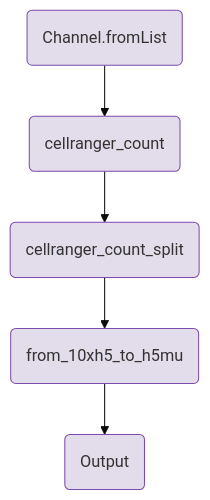
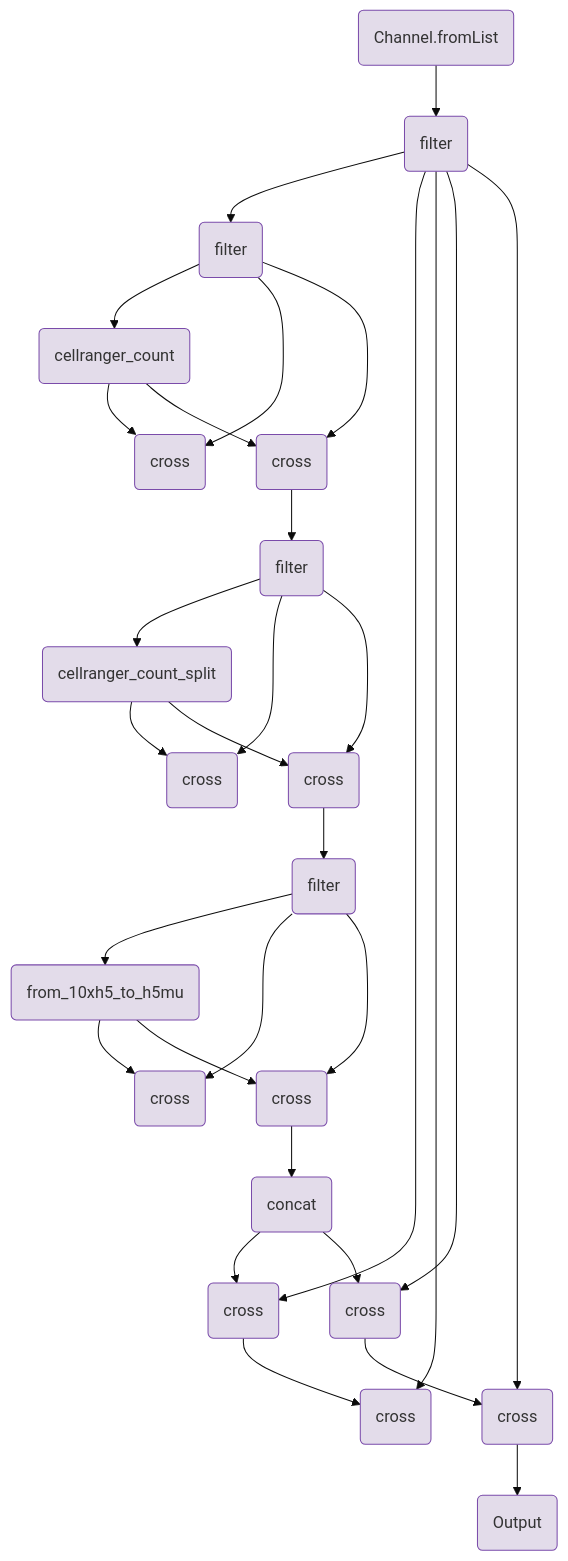
Before and after one commit to openpipelines-bio/website: the diagram in components/workflows/ingestion/cellranger_mapping.qmd, drawn with Mermaid (base theme). The commit also changed other lines of this file and 149 other files, not shown here.

````diff
--- a/components/workflows/ingestion/cellranger_mapping.qmd
+++ b/components/workflows/ingestion/cellranger_mapping.qmd
@@ -121,18 +123,73 @@
 ```{mermaid}
 flowchart TB
     v0(Channel.fromList)
+    v2(filter)
+    v9(filter)
     v17(cellranger_count)
-    v37(cellranger_count_split)
-    v57(from_10xh5_to_h5mu)
-    v84(Output)
-    v0-->v17
-    v17-->v37
-    v37-->v57
-    v57-->v84
+    v24(cross)
+    v34(cross)
+    v40(filter)
+    v48(cellranger_count_split)
+    v55(cross)
+    v65(cross)
+    v71(filter)
+    v101(concat)
+    v79(from_10xh5_to_h5mu)
+    v86(cross)
+    v96(cross)
+    v108(cross)
+    v115(cross)
+    v127(cross)
+    v134(cross)
+    v138(Output)
+    v0-->v2
+    v2-->v9
+    v9-->v17
+    v17-->v24
+    v9-->v24
+    v9-->v34
+    v40-->v48
+    v48-->v55
+    v40-->v55
+    v40-->v65
+    v71-->v79
+    v79-->v86
+    v71-->v86
+    v71-->v96
+    v96-->v101
+    v101-->v108
+    v2-->v108
+    v108-->v115
+    v2-->v115
+    v2-->v127
+    v127-->v134
+    v2-->v134
+    v134-->v138
+    v34-->v40
+    v17-->v34
+    v65-->v71
+    v48-->v65
+    v79-->v96
+    v101-->v127
     style v0 fill:#e3dcea,stroke:#7a4baa;
+    style v2 fill:#e3dcea,stroke:#7a4baa;
+    style v9 fill:#e3dcea,stroke:#7a4baa;
     style v17 fill:#e3dcea,stroke:#7a4baa;
-    style v37 fill:#e3dcea,stroke:#7a4baa;
-    style v57 fill:#e3dcea,stroke:#7a4baa;
-    style v84 fill:#e3dcea,stroke:#7a4baa;
+    style v24 fill:#e3dcea,stroke:#7a4baa;
+    style v34 fill:#e3dcea,stroke:#7a4baa;
+    style v40 fill:#e3dcea,stroke:#7a4baa;
+    style v48 fill:#e3dcea,stroke:#7a4baa;
+    style v55 fill:#e3dcea,stroke:#7a4baa;
+    style v65 fill:#e3dcea,stroke:#7a4baa;
+    style v71 fill:#e3dcea,stroke:#7a4baa;
+    style v101 fill:#e3dcea,stroke:#7a4baa;
+    style v79 fill:#e3dcea,stroke:#7a4baa;
+    style v86 fill:#e3dcea,stroke:#7a4baa;
+    style v96 fill:#e3dcea,stroke:#7a4baa;
+    style v108 fill:#e3dcea,stroke:#7a4baa;
+    style v115 fill:#e3dcea,stroke:#7a4baa;
+    style v127 fill:#e3dcea,stroke:#7a4baa;
+    style v134 fill:#e3dcea,stroke:#7a4baa;
+    style v138 fill:#e3dcea,stroke:#7a4baa;
 
 ```
````
